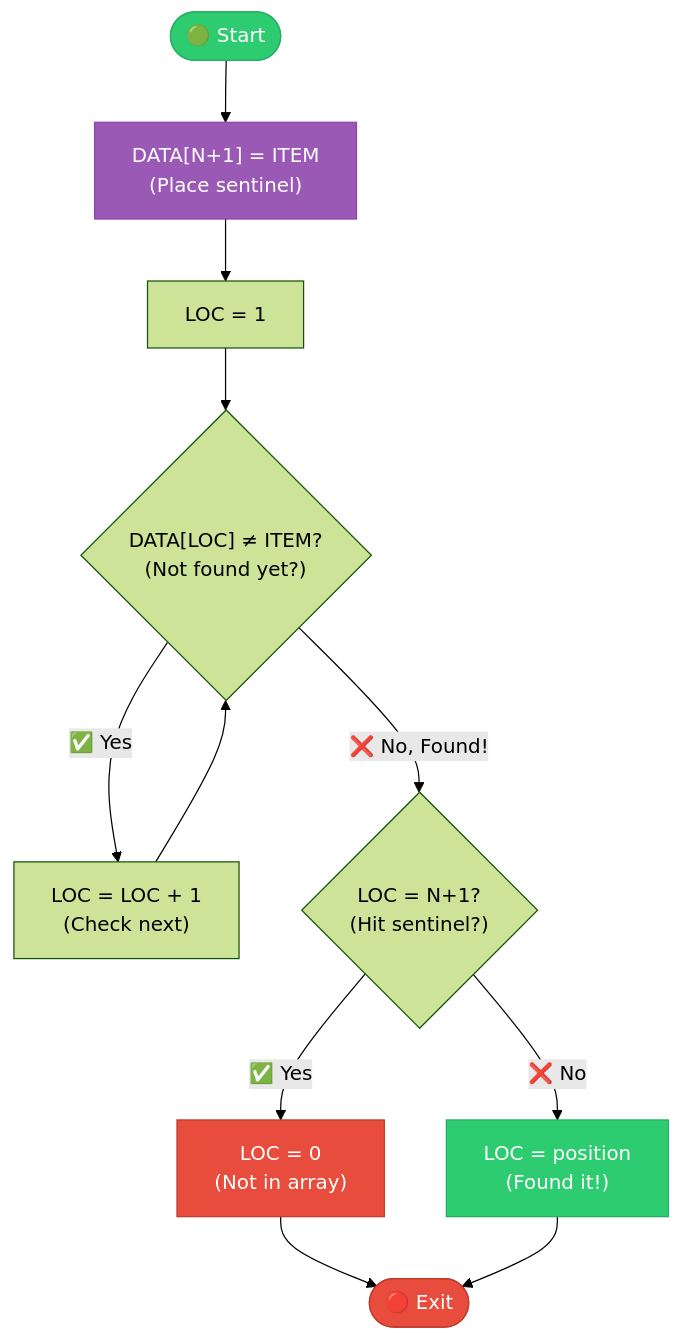
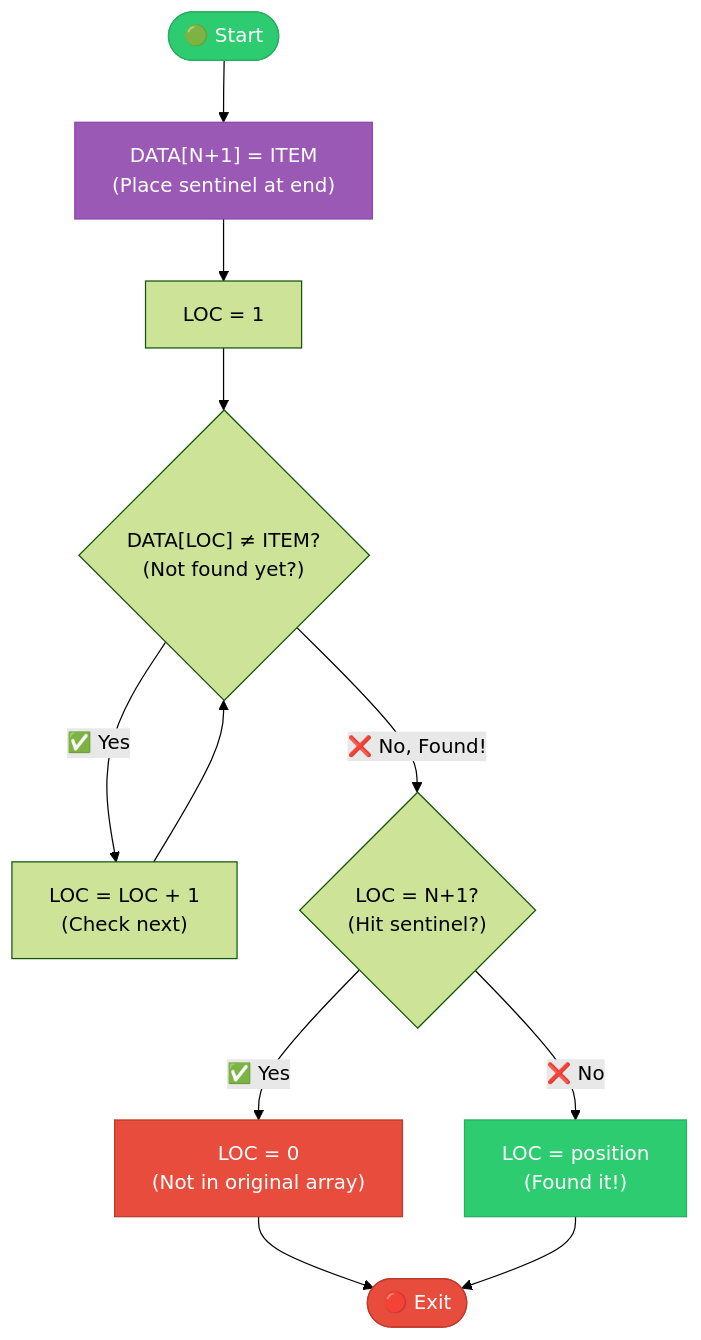
Before and after one commit to M-F-Tushar/CSE-2101-Data-Structure: diagram 24 of 39 in Chapter 4 - Arrays, Records and Pointers/README.md, drawn with Mermaid (forest theme). The commit also changed other lines of this file, not shown here.

````diff
--- a/Chapter 4 - Arrays, Records and Pointers/README.md
+++ b/Chapter 4 - Arrays, Records and Pointers/README.md
@@ -906,19 +768,19 @@
 ```mermaid
 flowchart TD
-    START([🟢 Start]) --> SENTINEL["DATA[N+1] = ITEM<br/>(Place sentinel)"]
+    START([🟢 Start]) --> SENTINEL["DATA[N+1] = ITEM<br/>(Place sentinel at end)"]
     SENTINEL --> INIT["LOC = 1"]
     INIT --> CHECK{"DATA[LOC] ≠ ITEM?<br/>(Not found yet?)"}
     CHECK -->|✅ Yes| NEXT["LOC = LOC + 1<br/>(Check next)"]
     NEXT --> CHECK
     CHECK -->|❌ No, Found!| VERIFY{"LOC = N+1?<br/>(Hit sentinel?)"}
-    VERIFY -->|✅ Yes| NOTFOUND["LOC = 0<br/>(Not in array)"]
+    VERIFY -->|✅ Yes| NOTFOUND["LOC = 0<br/>(Not in original array)"]
     VERIFY -->|❌ No| FOUND["LOC = position<br/>(Found it!)"]
     NOTFOUND --> EXIT([🔴 Exit])
     FOUND --> EXIT
     
     style START fill:#2ecc71,stroke:#27ae60,color:#fff
     style EXIT fill:#e74c3c,stroke:#c0392b,color:#fff
     style FOUND fill:#2ecc71,stroke:#27ae60,color:#fff
     style NOTFOUND fill:#e74c3c,stroke:#c0392b,color:#fff
     style SENTINEL fill:#9b59b6,stroke:#8e44ad,color:#fff
 ```
````
